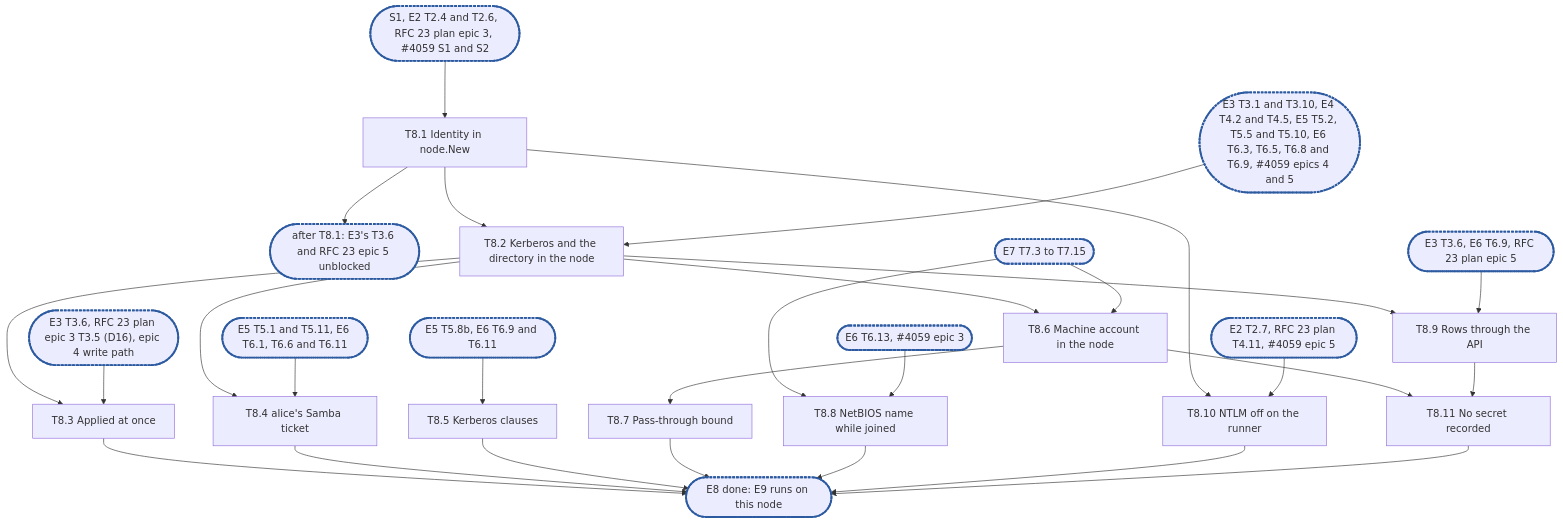
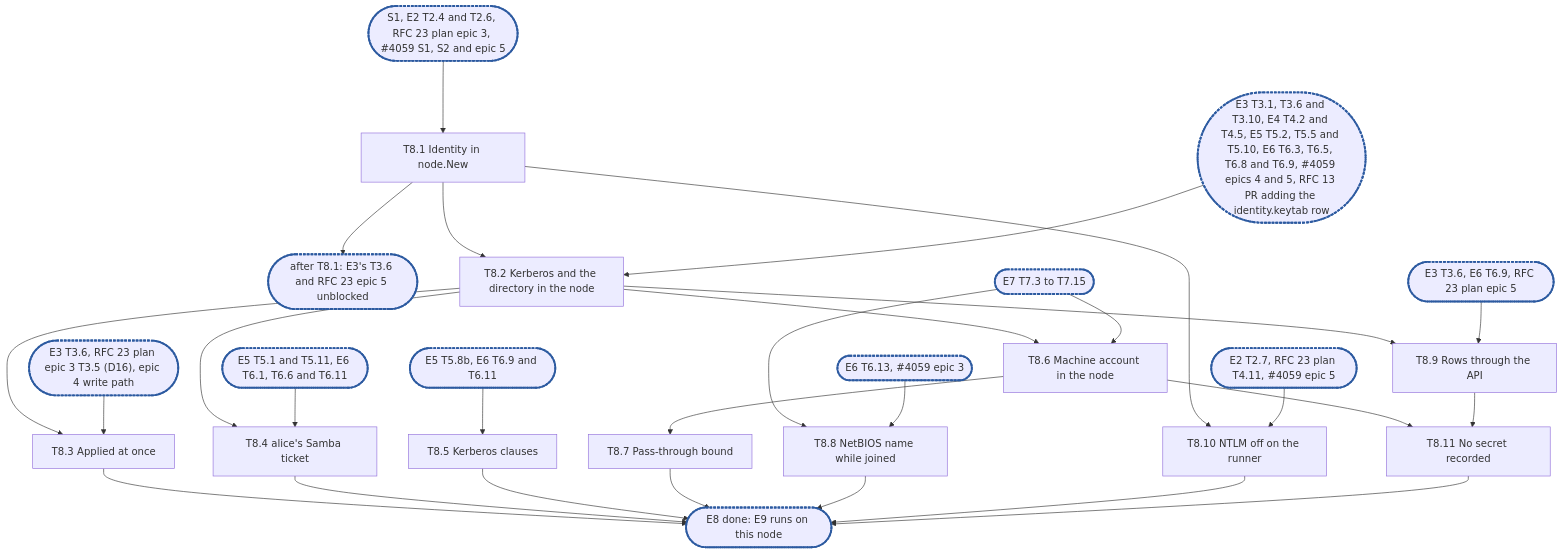
Before and after one commit to cubbit/dittofs: the diagram in docs/internals/planning/rfc-18-identity-epic8.md, drawn with Mermaid. The commit also changed other lines of this file, not shown here.

Commit message:
docs(planning): E8's round-5 points: T8.1 and T8.2 dependencies, D6 settled, the 300-group deadline row, installation.* kinds

````diff
--- a/docs/internals/planning/rfc-18-identity-epic8.md
+++ b/docs/internals/planning/rfc-18-identity-epic8.md
@@ -634,24 +644,24 @@
 ```mermaid
 flowchart TD
-  X1(["S1, E2 T2.4 and T2.6, RFC 23 plan epic 3, #4059 S1 and S2"]):::sync --> T8_1["T8.1 Identity in node.New"]
+  X1(["S1, E2 T2.4 and T2.6, RFC 23 plan epic 3, #4059 S1, S2 and epic 5"]):::sync --> T8_1["T8.1 Identity in node.New"]
   T8_1 --> C0(["after T8.1: E3's T3.6 and RFC 23 epic 5 unblocked"]):::sync
   T8_1 --> T8_2["T8.2 Kerberos and the directory in the node"]
-  X2(["E3 T3.1 and T3.10, E4 T4.2 and T4.5, E5 T5.2, T5.5 and T5.10, E6 T6.3, T6.5, T6.8 and T6.9, #4059 epics 4 and 5"]):::sync --> T8_2
+  X2(["E3 T3.1, T3.6 and T3.10, E4 T4.2 and T4.5, E5 T5.2, T5.5 and T5.10, E6 T6.3, T6.5, T6.8 and T6.9, #4059 epics 4 and 5, RFC 13 PR adding the identity.keytab row"]):::sync --> T8_2
   T8_2 --> T8_3["T8.3 Applied at once"]
   X3(["E3 T3.6, RFC 23 plan epic 3 T3.5 (D16), epic 4 write path"]):::sync --> T8_3
   T8_2 --> T8_4["T8.4 alice's Samba ticket"]
   X4(["E5 T5.1 and T5.11, E6 T6.1, T6.6 and T6.11"]):::sync --> T8_4
   X5(["E5 T5.8b, E6 T6.9 and T6.11"]):::sync --> T8_5["T8.5 Kerberos clauses"]
   T8_2 --> T8_6["T8.6 Machine account in the node"]
   X6(["E7 T7.3 to T7.15"]):::sync --> T8_6
   T8_6 --> T8_7["T8.7 Pass-through bound"]
   X6 --> T8_8["T8.8 NetBIOS name while joined"]
   X7(["E6 T6.13, #4059 epic 3"]):::sync --> T8_8
   T8_2 --> T8_9["T8.9 Rows through the API"]
   X8(["E3 T3.6, E6 T6.9, RFC 23 plan epic 5"]):::sync --> T8_9
   T8_1 --> T8_10["T8.10 NTLM off on the runner"]
   X9(["E2 T2.7, RFC 23 plan T4.11, #4059 epic 5"]):::sync --> T8_10
   T8_6 & T8_9 --> T8_11["T8.11 No secret recorded"]
   T8_3 & T8_4 & T8_5 & T8_7 & T8_8 & T8_10 & T8_11 --> C1(["E8 done: E9 runs on this node"]):::sync
   classDef sync stroke:#2c5aa0,stroke-width:3px,stroke-dasharray:4 2
 ```
````
